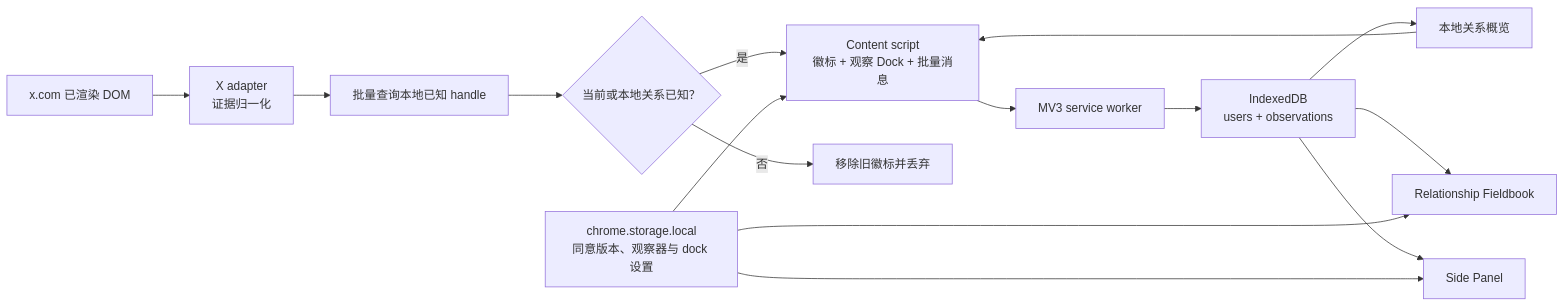
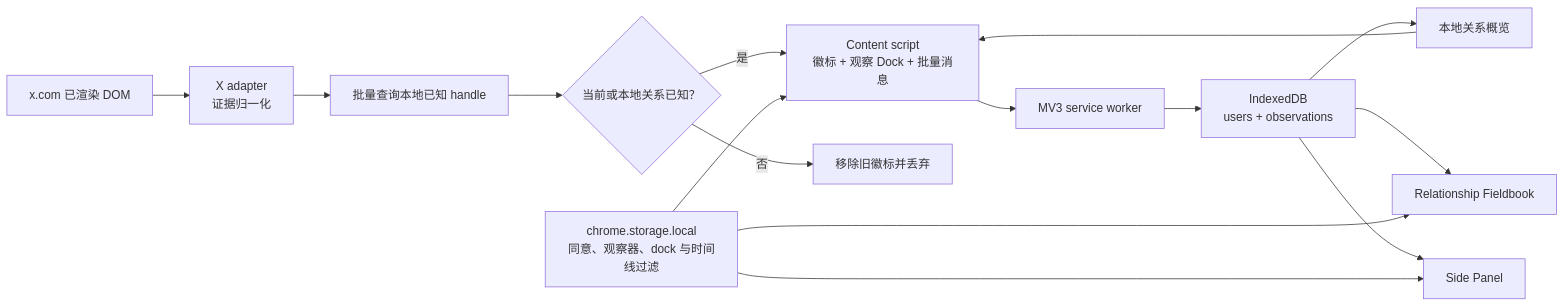
Before and after one commit to interjc/chrome-x-not-brother: the diagram in docs/architecture.md, drawn with Mermaid. The commit also changed other lines of this file and 54 other files, not shown here.

````diff
--- a/docs/architecture.md
+++ b/docs/architecture.md
@@ -5,17 +5,17 @@
 ```mermaid
 flowchart LR
     X["x.com 已渲染 DOM"] --> A["X adapter<br/>证据归一化"]
     A --> L["批量查询本地已知 handle"]
     L --> K{"当前或本地关系已知？"}
     K -->|是| B["Content script<br/>徽标 + 观察 Dock + 批量消息"]
     K -->|否| J["移除旧徽标并丢弃"]
     B --> C["MV3 service worker"]
     C --> D["IndexedDB<br/>users + observations"]
     D --> E["Side Panel"]
     D --> F["Relationship Fieldbook"]
     D --> H["本地关系概览"]
     H --> B
-    G["chrome.storage.local<br/>同意版本、观察器与 dock 设置"] --> B
+    G["chrome.storage.local<br/>同意、观察器、dock 与时间线过滤"] --> B
     G --> E
     G --> F
 ```
````
